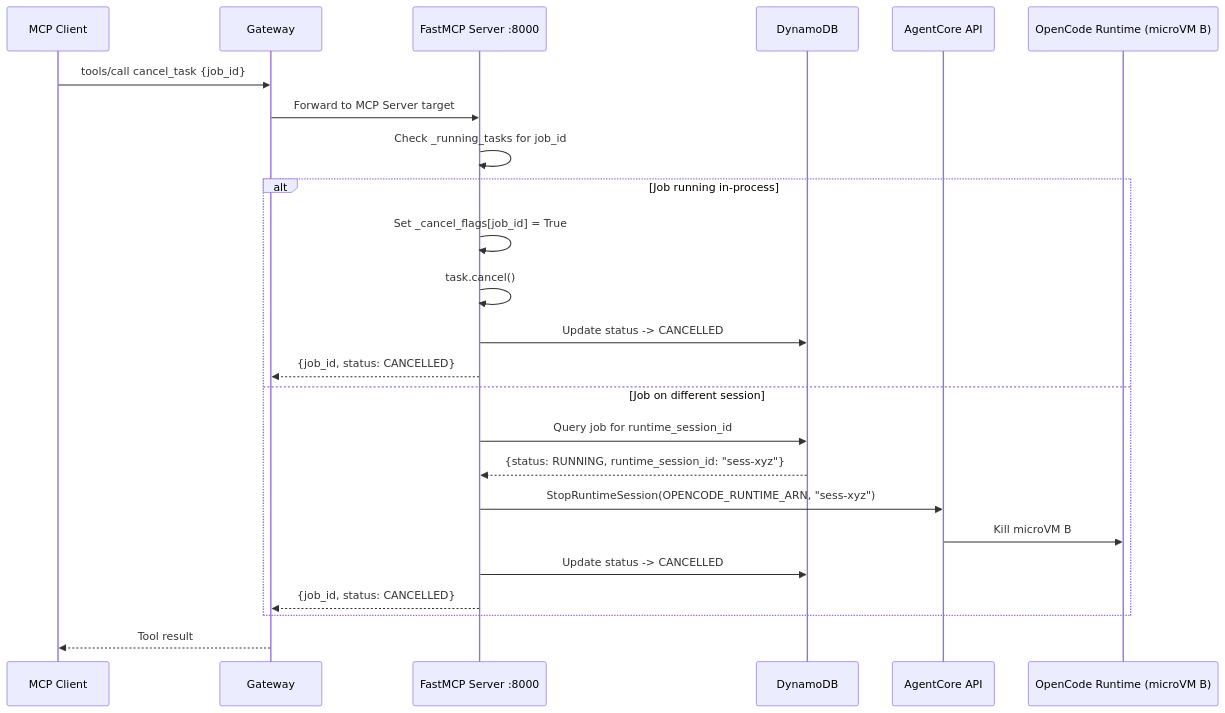
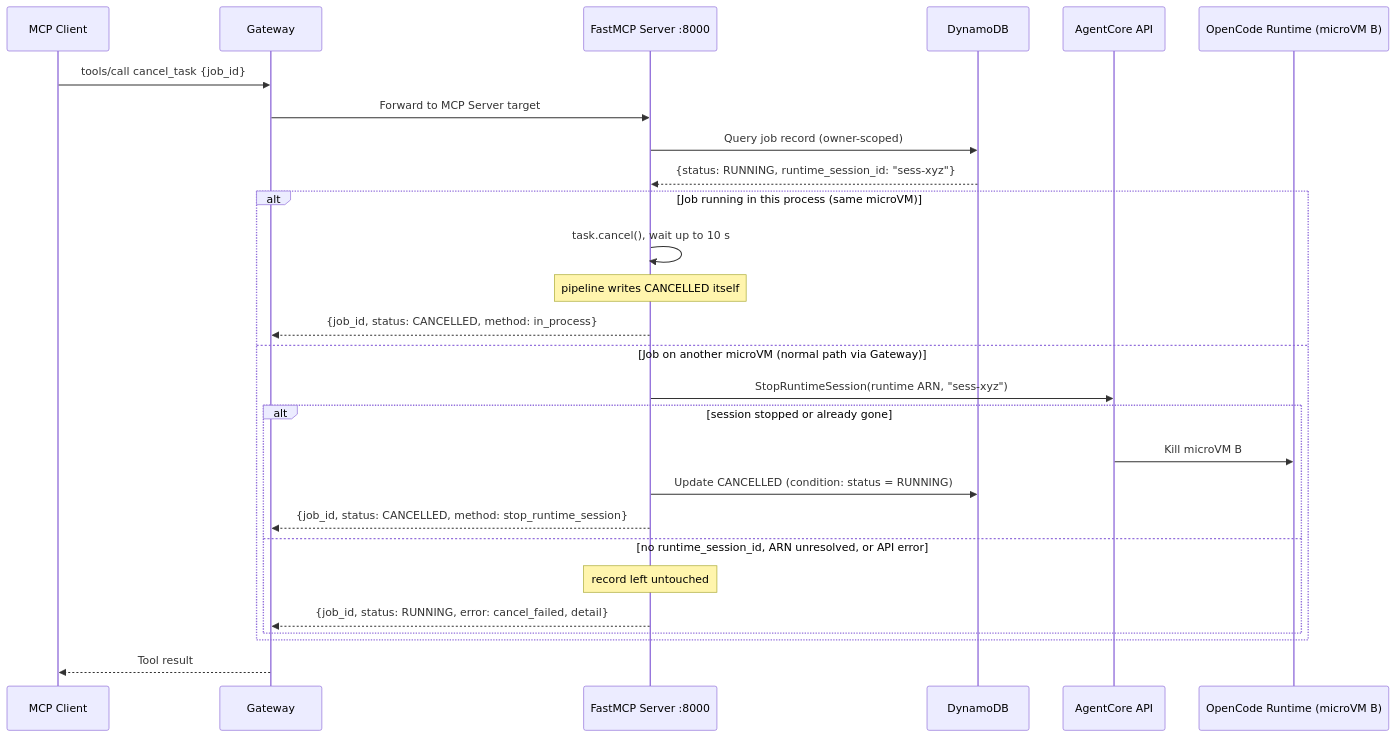
One commit to aws-samples/sample-opencode-on-amazon-bedrock-agentcore changed the third of 5 diagrams in docs/ARCHITECTURE.md. Above: the diagram before and after it, drawn with Mermaid. The commit also changed other lines of this file and 97 other files, not shown here.

First line of the commit message:
Consolidate stacks, harden pipeline, fix cancel/async/ACP bugs, update docs

````diff
--- a/docs/ARCHITECTURE.md
+++ b/docs/ARCHITECTURE.md
@@ -146,30 +155,33 @@
 ```mermaid
 sequenceDiagram
     participant MC as MCP Client
     participant GW as Gateway
     participant MCP as FastMCP Server :8000
     participant DDB as DynamoDB
     participant AC as AgentCore API
     participant MCP_B as OpenCode Runtime (microVM B)
 
     MC->>GW: tools/call cancel_task {job_id}
     GW->>MCP: Forward to MCP Server target
 
-    MCP->>MCP: Check _running_tasks for job_id
+    MCP->>DDB: Query job record (owner-scoped)
+    DDB-->>MCP: {status: RUNNING, runtime_session_id: "sess-xyz"}
 
-    alt Job running in-process
-        MCP->>MCP: Set _cancel_flags[job_id] = True
-        MCP->>MCP: task.cancel()
-        MCP->>DDB: Update status -> CANCELLED
-        MCP-->>GW: {job_id, status: CANCELLED}
-    else Job on different session
-        MCP->>DDB: Query job for runtime_session_id
-        DDB-->>MCP: {status: RUNNING, runtime_session_id: "sess-xyz"}
-        MCP->>AC: StopRuntimeSession(OPENCODE_RUNTIME_ARN, "sess-xyz")
-        AC->>MCP_B: Kill microVM B
-        MCP->>DDB: Update status -> CANCELLED
-        MCP-->>GW: {job_id, status: CANCELLED}
+    alt Job running in this process (same microVM)
+        MCP->>MCP: task.cancel(), wait up to 10 s
+        Note over MCP: pipeline writes CANCELLED itself
+        MCP-->>GW: {job_id, status: CANCELLED, method: in_process}
+    else Job on another microVM (normal path via Gateway)
+        MCP->>AC: StopRuntimeSession(runtime ARN, "sess-xyz")
+        alt session stopped or already gone
+            AC->>MCP_B: Kill microVM B
+            MCP->>DDB: Update CANCELLED (condition: status = RUNNING)
+            MCP-->>GW: {job_id, status: CANCELLED, method: stop_runtime_session}
+        else no runtime_session_id, ARN unresolved, or API error
+            Note over MCP: record left untouched
+            MCP-->>GW: {job_id, status: RUNNING, error: cancel_failed, detail}
+        end
     end
 
     GW-->>MC: Tool result
 ```
````
